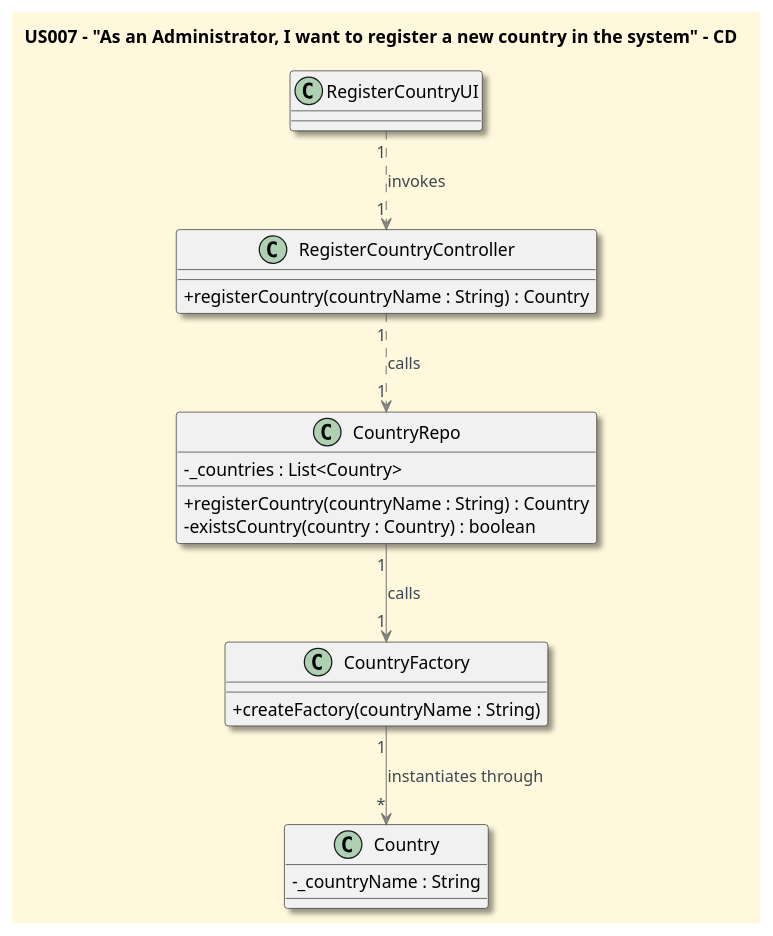
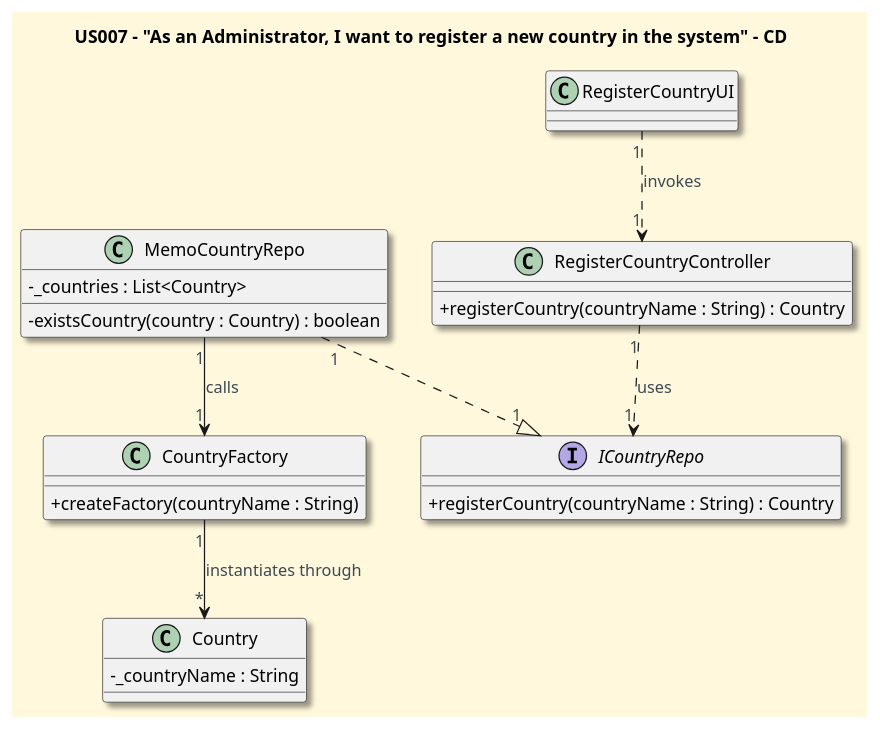
One commit to CarolinaLeite-collab/JavaMarketplacePlatform changed the diagram in docs/userStories/US007/US007_register_a_country_CD.puml. Above: the diagram before and after it, drawn with PlantUML. The commit also changed 1 other file, not shown here.

```diff
--- a/docs/userStories/US007/US007_register_a_country_CD.puml
+++ b/docs/userStories/US007/US007_register_a_country_CD.puml
@@ -1,41 +1,43 @@
 @startuml
 '==== Title ====
 title US007 - "As an Administrator, I want to register a new country in the system" - CD
 top to bottom direction
 
 '==== basic style ====
 skinparam monochrome false
 skinparam shadowing true
 skinparam defaultFontName Futura
 skinparam objectFontSize 20
 skinparam backgroundColor CornSilk
 skinparam objectBackgroundColor WhiteSmoke
 skinparam noteBackgroundColor #FFFFE0
 skinparam ArrowFontColor #3B4953
-skinparam ArrowColor #57595BAA
 skinparam classAttributeIconSize 0
 
 '==== entities ====
 Class Country {
 - _countryName : String
 }
 Class CountryFactory {
 + createFactory(countryName : String)
 }
-Class CountryRepo {
+interface ICountryRepo{
++ registerCountry(countryName : String) : Country
+}
+Class MemoCountryRepo {
 - _countries : List<Country>
-+ registerCountry(countryName : String) : Country
 - existsCountry(country : Country) : boolean
 }
 Class RegisterCountryController {
 + registerCountry(countryName : String) : Country
 }
 Class RegisterCountryUI {}
 
 '==== connections ====
 CountryFactory "1" --> "*" Country: instantiates through
-CountryRepo "1" --> "1" CountryFactory: calls
-RegisterCountryController  "1" ..> "1" CountryRepo: calls
+MemoCountryRepo "1" --> "1" CountryFactory: calls
+RegisterCountryController  "1" ..> "1" ICountryRepo: uses
+MemoCountryRepo "1" ..|> "1" ICountryRepo
 RegisterCountryUI "1" ..> "1" RegisterCountryController: invokes
 
 @enduml
```
